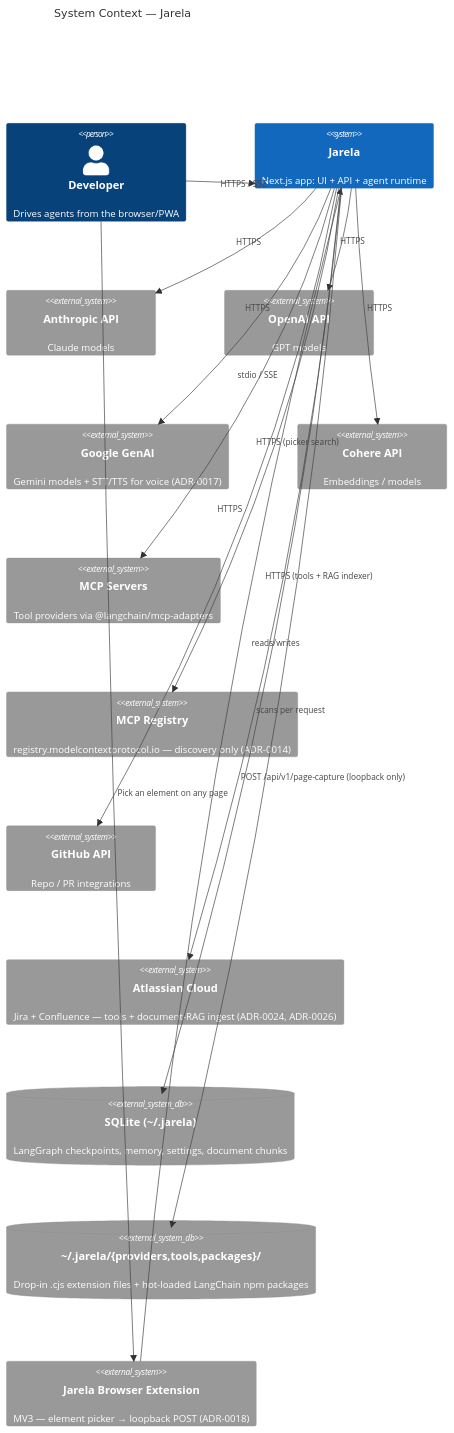
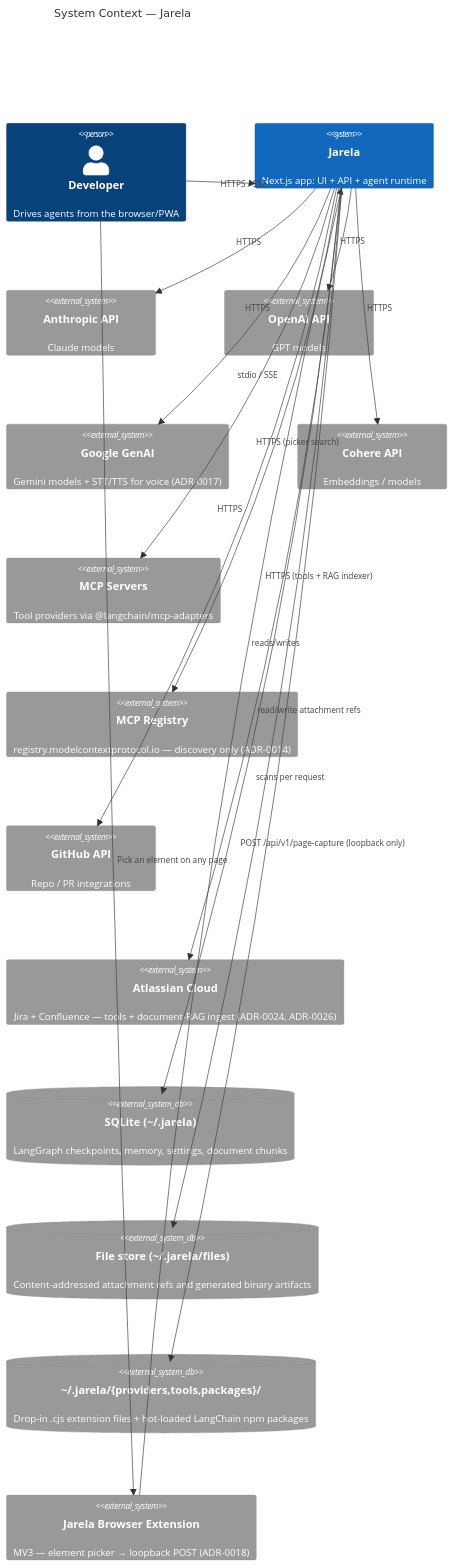
The diagram in README.md (CircuitWall/jarela), drawn with Mermaid before and after one commit. The commit also changed 5 other files, not shown here.

Commit message:
docs(architecture): update upgrade audit guidance

````diff
--- a/README.md
+++ b/README.md
@@ -926,31 +926,33 @@
 ```mermaid
 C4Context
     title System Context — Jarela
     Person(user, "Developer", "Drives agents from the browser/PWA")
     System(jarela, "Jarela", "Next.js app: UI + API + agent runtime")
     System_Ext(anthropic, "Anthropic API", "Claude models")
     System_Ext(openai, "OpenAI API", "GPT models")
     System_Ext(google, "Google GenAI", "Gemini models + STT/TTS for voice (ADR-0017)")
     System_Ext(cohere, "Cohere API", "Embeddings / models")
     System_Ext(mcp, "MCP Servers", "Tool providers via @langchain/mcp-adapters")
     System_Ext(mcpreg, "MCP Registry", "registry.modelcontextprotocol.io — discovery only (ADR-0014)")
     System_Ext(github, "GitHub API", "Repo / PR integrations")
     System_Ext(atlassian, "Atlassian Cloud", "Jira + Confluence — tools + document-RAG ingest (ADR-0024, ADR-0026)")
     SystemDb_Ext(sqlite, "SQLite (~/.jarela)", "LangGraph checkpoints, memory, settings, document chunks")
+    SystemDb_Ext(filestore, "File store (~/.jarela/files)", "Content-addressed attachment refs and generated binary artifacts")
     SystemDb_Ext(extdir, "~/.jarela/{providers,tools,packages}/", "Drop-in .cjs extension files + hot-loaded LangChain npm packages")
     System_Ext(browserext, "Jarela Browser Extension", "MV3 — element picker → loopback POST (ADR-0018)")
 
     Rel(user, jarela, "HTTPS / SSE")
     Rel(user, browserext, "Pick an element on any page")
     Rel(browserext, jarela, "POST /api/v1/page-capture (loopback only)")
     Rel(jarela, anthropic, "HTTPS")
     Rel(jarela, openai, "HTTPS")
     Rel(jarela, google, "HTTPS")
     Rel(jarela, cohere, "HTTPS")
     Rel(jarela, mcp, "stdio / SSE")
     Rel(jarela, mcpreg, "HTTPS (picker search)")
     Rel(jarela, github, "HTTPS")
     Rel(jarela, atlassian, "HTTPS (tools + RAG indexer)")
     Rel(jarela, sqlite, "reads/writes")
+    Rel(jarela, filestore, "read/write attachment refs")
     Rel(jarela, extdir, "scans per request")
 ```
````
